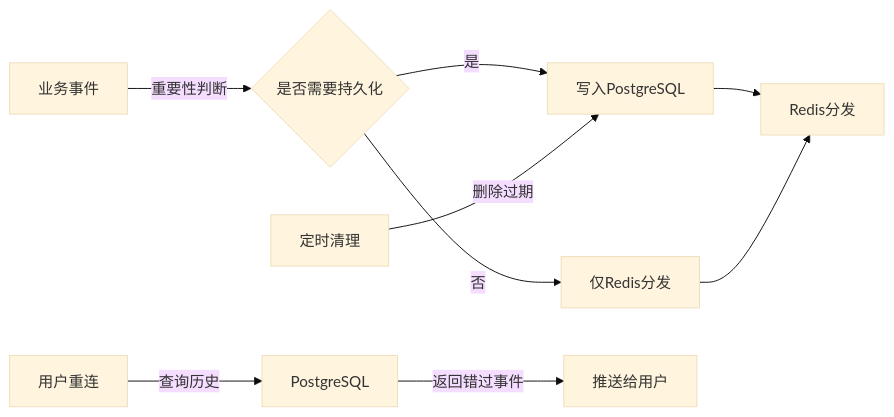
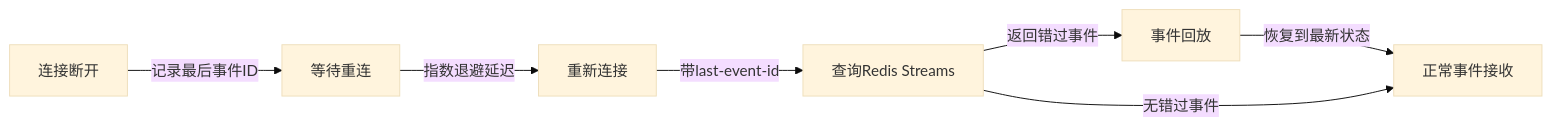
The fifth of 5 diagrams in .tasks/implement-sse-2/design.md (zhiyue/infinite-scribe), drawn with Mermaid (base theme) before and after one commit. The commit also changed other lines of this file and 3 other files, not shown here.

````diff
--- a/.tasks/implement-sse-2/design.md
+++ b/.tasks/implement-sse-2/design.md
@@ -487,13 +906,10 @@
 ```mermaid
 graph LR
-    A[业务事件] -->|重要性判断| B{是否需要持久化}
-    B -->|是| C[写入PostgreSQL]
-    B -->|否| D[仅Redis分发]
-    C --> E[Redis分发]
-    D --> E
+    A[连接断开] -->|记录最后事件ID| B[等待重连]
+    B -->|指数退避延迟| C[重新连接]
+    C -->|带last-event-id| D[查询Redis Streams]
+    D -->|返回错过事件| E[事件回放]
+    E -->|恢复到最新状态| F[正常事件接收]
     
-    F[用户重连] -->|查询历史| G[PostgreSQL]
-    G -->|返回错过事件| H[推送给用户]
-    
-    I[定时清理] -->|删除过期| C
+    D -->|无错过事件| F
 ```
````
